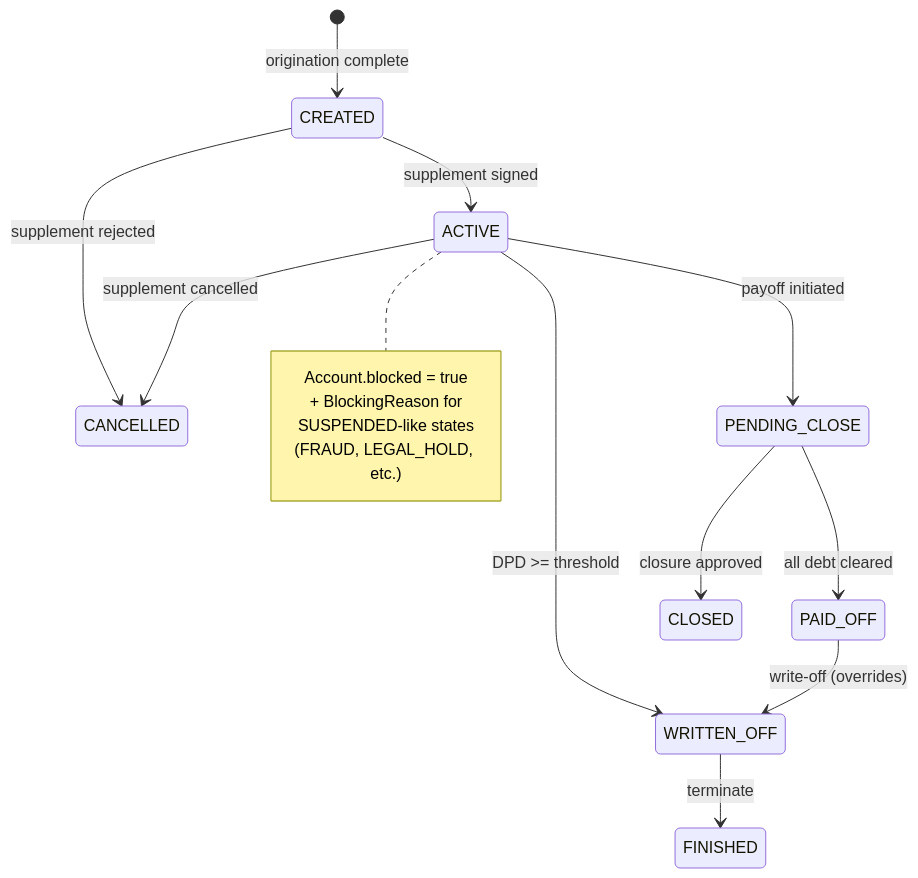
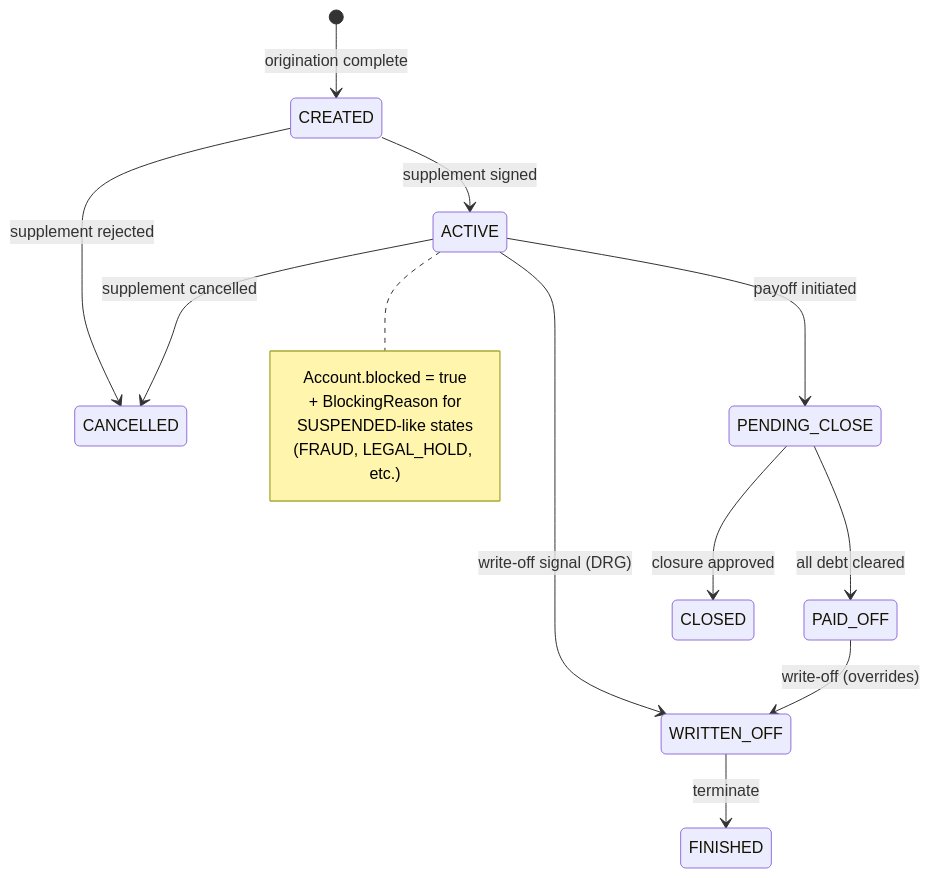
Before and after one commit to quocdinhit97/finance-and-software-engineering: the first of 3 diagrams in docs/system/ch08-account-management.md, drawn with Mermaid. The commit also changed other lines of this file and 4 other files, not shown here.

````diff
--- a/docs/system/ch08-account-management.md
+++ b/docs/system/ch08-account-management.md
@@ -67,20 +72,20 @@
 ```mermaid
 stateDiagram-v2
     [*] --> CREATED : origination complete
     CREATED --> ACTIVE : supplement signed
     CREATED --> CANCELLED : supplement rejected
     ACTIVE --> PENDING_CLOSE : payoff initiated
-    ACTIVE --> WRITTEN_OFF : DPD >= threshold
+    ACTIVE --> WRITTEN_OFF : write-off signal (DRG)
     PENDING_CLOSE --> PAID_OFF : all debt cleared
     PENDING_CLOSE --> CLOSED : closure approved
     PAID_OFF --> WRITTEN_OFF : write-off (overrides)
     WRITTEN_OFF --> FINISHED : terminate
     ACTIVE --> CANCELLED : supplement cancelled
     
     note right of ACTIVE
         Account.blocked = true
         + BlockingReason for
         SUSPENDED-like states
         (FRAUD, LEGAL_HOLD, etc.)
     end note
 ```
````
